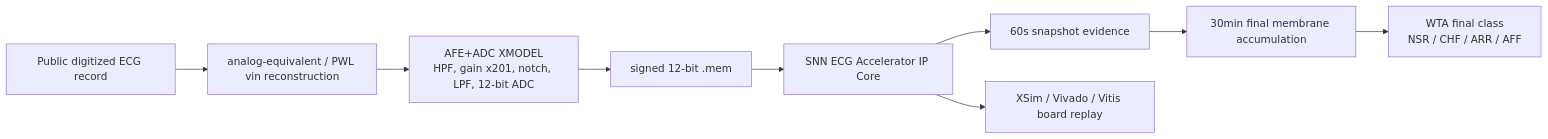
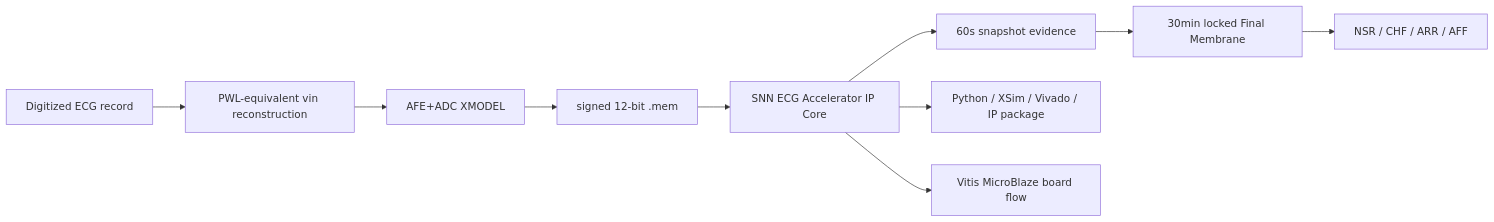
One commit to Sheep-gun/ECG-SoC-Integrated changed the diagram in docs/FINAL_SUBMISSION_SUMMARY_KR.md. Above: the diagram before and after it, drawn with Mermaid. The commit also changed other lines of this file and 89 other files, not shown here.

Commit message:
Integrate locked final membrane through RTL and board flow

````diff
--- a/docs/FINAL_SUBMISSION_SUMMARY_KR.md
+++ b/docs/FINAL_SUBMISSION_SUMMARY_KR.md
@@ -13,11 +9,12 @@
 ```mermaid
 flowchart LR
-    A["Public digitized ECG record"] --> B["analog-equivalent / PWL vin reconstruction"]
-    B --> C["AFE+ADC XMODEL<br/>HPF, gain x201, notch, LPF, 12-bit ADC"]
+    A["Digitized ECG record"] --> B["PWL-equivalent vin reconstruction"]
+    B --> C["AFE+ADC XMODEL"]
     C --> D["signed 12-bit .mem"]
     D --> E["SNN ECG Accelerator IP Core"]
     E --> F["60s snapshot evidence"]
-    F --> G["30min final membrane accumulation"]
-    G --> H["WTA final class<br/>NSR / CHF / ARR / AFF"]
-    E --> I["XSim / Vivado / Vitis board replay"]
+    F --> G["30min locked Final Membrane"]
+    G --> H["NSR / CHF / ARR / AFF"]
+    E --> I["Python / XSim / Vivado / IP package"]
+    E --> J["Vitis MicroBlaze board flow"]
 ```
````
